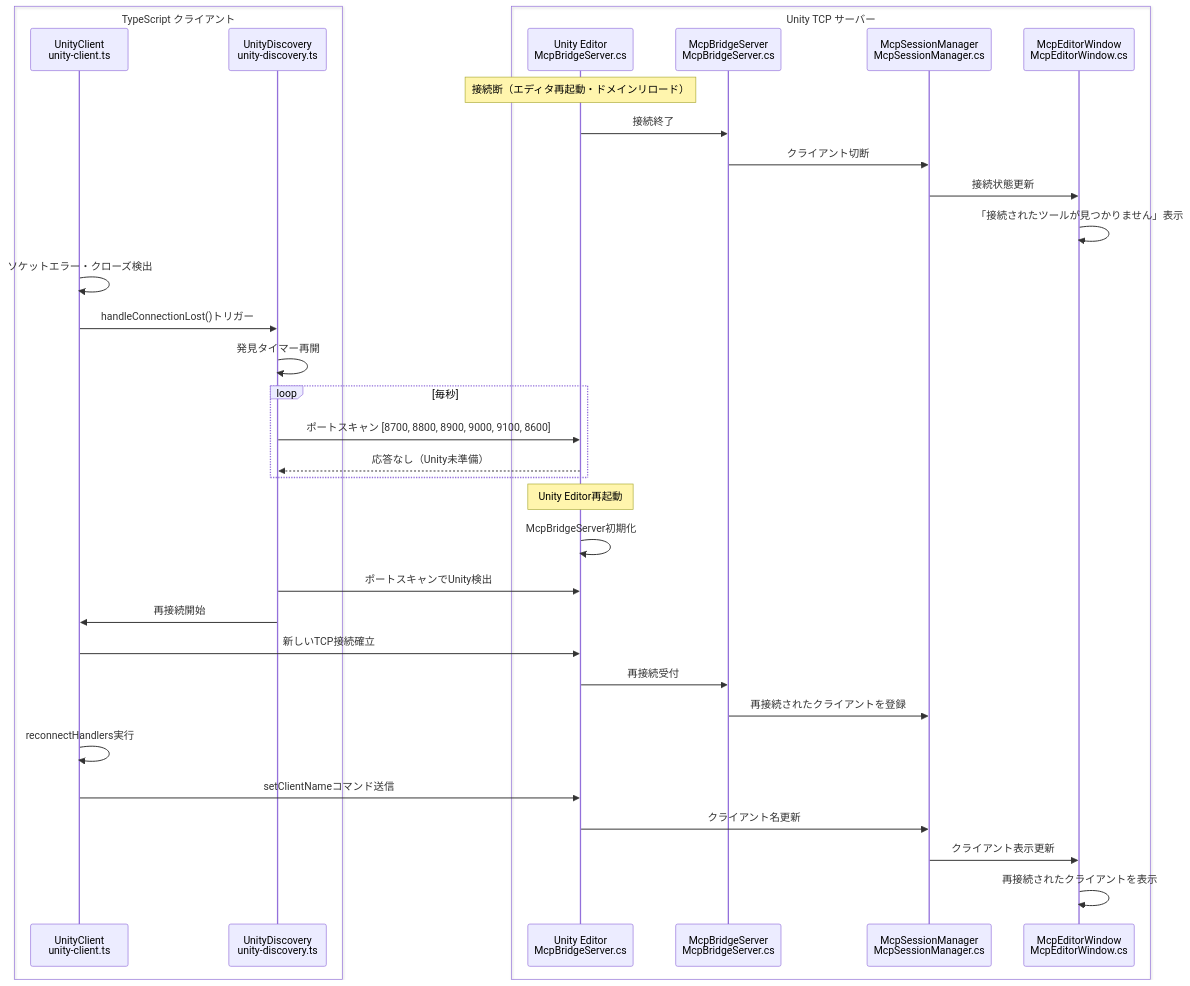
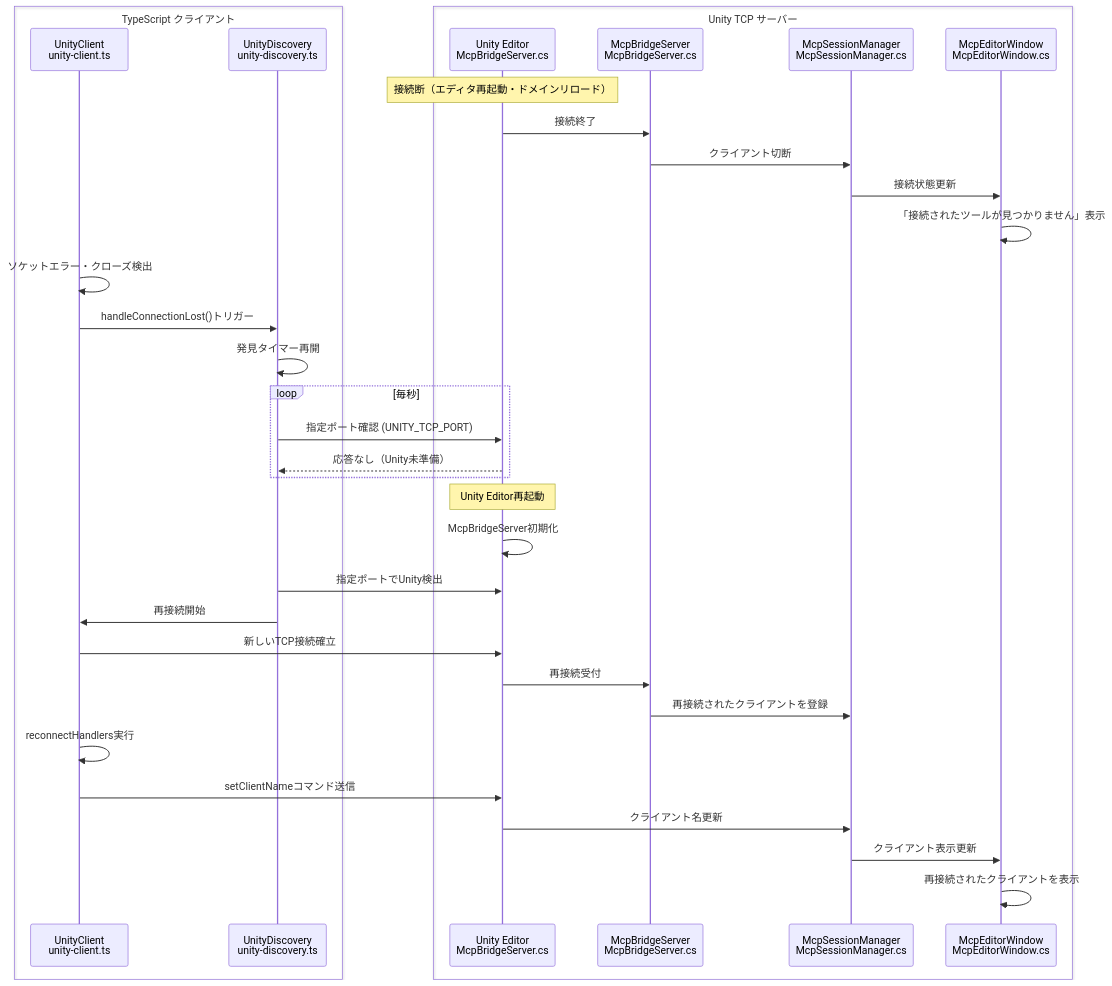
One commit to hatayama/uLoopMCP changed the tenth of 16 diagrams in Packages/src/ARCHITECTURE_ja.md. Above: the diagram before and after it, drawn with Mermaid. The commit also changed other lines of this file and 3 other files, not shown here.

First line of the commit message:
refactor: optimize Unity discovery to use single specified port

````diff
--- a/Packages/src/ARCHITECTURE_ja.md
+++ b/Packages/src/ARCHITECTURE_ja.md
@@ -872,45 +872,45 @@
 ```mermaid
 sequenceDiagram
     box TypeScript クライアント
     participant UC as UnityClient<br/>unity-client.ts
     participant UD as UnityDiscovery<br/>unity-discovery.ts
     end
     
     box Unity TCP サーバー
     participant Unity as Unity Editor<br/>McpBridgeServer.cs
     participant MB as McpBridgeServer<br/>McpBridgeServer.cs
     participant SM as McpSessionManager<br/>McpSessionManager.cs
     participant UI as McpEditorWindow<br/>McpEditorWindow.cs
     end
     
     Note over Unity: 接続断（エディタ再起動・ドメインリロード）
     
     Unity->>MB: 接続終了
     MB->>SM: クライアント切断
     SM->>UI: 接続状態更新
     UI->>UI: 「接続されたツールが見つかりません」表示
     
     UC->>UC: ソケットエラー・クローズ検出
     UC->>UD: handleConnectionLost()トリガー
     UD->>UD: 発見タイマー再開
     
     loop 毎秒
-        UD->>Unity: ポートスキャン [8700, 8800, 8900, 9000, 9100, 8600]
+        UD->>Unity: 指定ポート確認 (UNITY_TCP_PORT)
         Unity-->>UD: 応答なし（Unity未準備）
     end
     
     Note over Unity: Unity Editor再起動
     Unity->>Unity: McpBridgeServer初期化
     
-    UD->>Unity: ポートスキャンでUnity検出
+    UD->>Unity: 指定ポートでUnity検出
     UD->>UC: 再接続開始
     UC->>Unity: 新しいTCP接続確立
     Unity->>MB: 再接続受付
     MB->>SM: 再接続されたクライアントを登録
     
     UC->>UC: reconnectHandlers実行
     UC->>Unity: setClientNameコマンド送信
     Unity->>SM: クライアント名更新
     SM->>UI: クライアント表示更新
     UI->>UI: 再接続されたクライアントを表示
 ```
````
